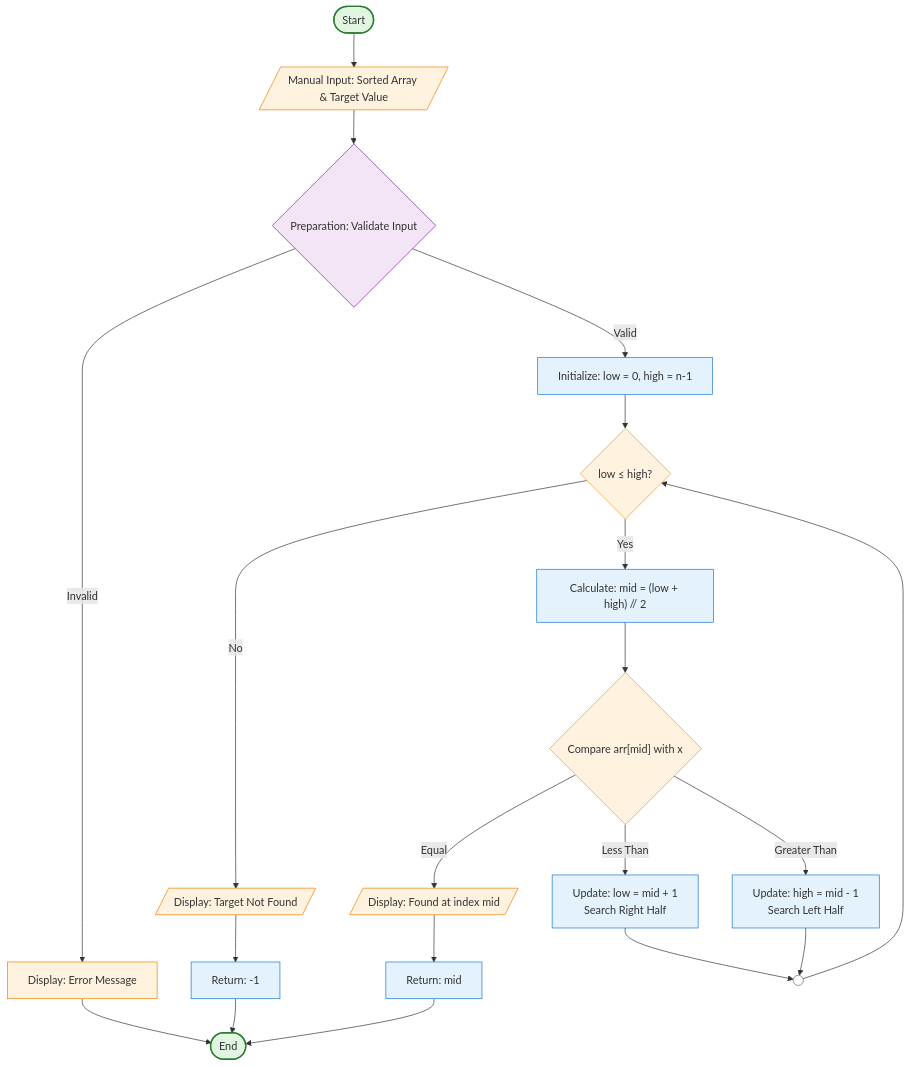
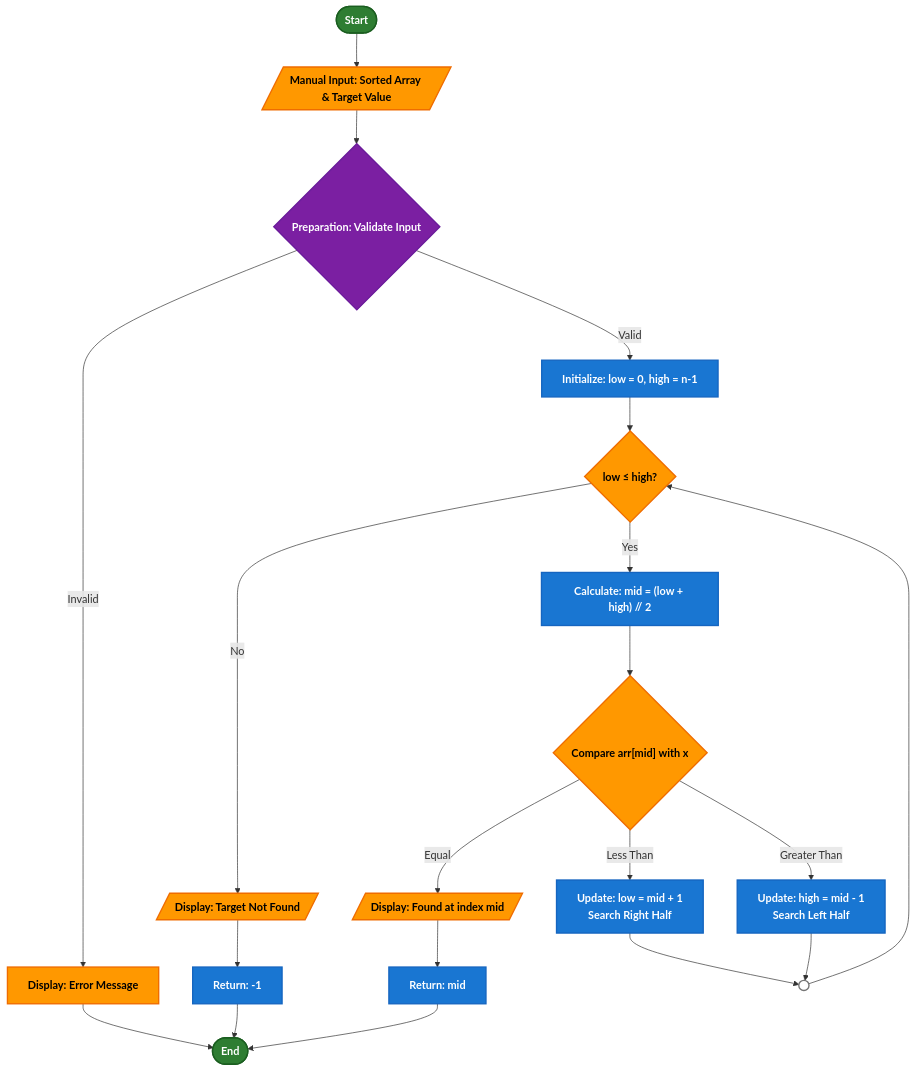
The second of 2 diagrams in README.md (juswamacbook/CISC121_Final_Project), drawn with Mermaid before and after one commit.

Commit message:
Update Mermaid diagram styling for better contrast

````diff
--- a/README.md
+++ b/README.md
@@ -147,46 +147,46 @@
 ```mermaid
 flowchart TD
     Start(["Start"]) --> ManualInput[/"Manual Input: Sorted Array & Target Value"/]
     
     ManualInput --> Preparation{"Preparation: Validate Input"}
     Preparation -->|Valid| Process1["Initialize: low = 0, high = n-1"]
     Preparation -->|Invalid| Display1["Display: Error Message"]
     Display1 --> End(["End"])
     
     Process1 --> Decision1{"low ≤ high?"}
     
     Decision1 -->|No| Display2[/"Display: Target Not Found"/]
     Display2 --> ProcessReturn2["Return: -1"]
     ProcessReturn2 --> End
     
     Decision1 -->|Yes| Process2["Calculate: mid = (low + high) // 2"]
     Process2 --> Decision2{"Compare arr[mid] with x"}
     
     Decision2 -->|Equal| Display3[/"Display: Found at index mid"/]
     Display3 --> ProcessReturn1["Return: mid"]
     ProcessReturn1 --> End
     
     Decision2 -->|Less Than| Process3["Update: low = mid + 1<br>Search Right Half"]
     Process3 --> Connector(( ))
     
     Decision2 -->|Greater Than| Process4["Update: high = mid - 1<br>Search Left Half"]
     Process4 --> Connector
     
     Connector --> Decision1
     
-    %% Simplified styling that Mermaid actually supports
-    classDef startEnd fill:#e1f5e1,stroke:#2e7d32,stroke-width:2px
-    classDef manualInput fill:#fff3e0,stroke:#f57c00
-    classDef preparation fill:#f3e5f5,stroke:#7b1fa2
-    classDef process fill:#e3f2fd,stroke:#1976d2
-    classDef decision fill:#fff3e0,stroke:#ff9800
-    classDef display fill:#e8f5e8,stroke:#388e3c
-    classDef connector fill:#ffffff,stroke:#666666,stroke-width:1px
+    %% Fixed styling with proper contrast
+    classDef startEnd fill:#2E7D32,stroke:#1B5E20,stroke-width:2px,color:#FFFFFF,font-weight:bold
+    classDef manualInput fill:#FF9800,stroke:#EF6C00,stroke-width:2px,color:#000000,font-weight:bold
+    classDef preparation fill:#7B1FA2,stroke:#6A1B9A,stroke-width:2px,color:#FFFFFF,font-weight:bold
+    classDef process fill:#1976D2,stroke:#1565C0,stroke-width:2px,color:#FFFFFF,font-weight:bold
+    classDef decision fill:#FF9800,stroke:#EF6C00,stroke-width:2px,color:#000000,font-weight:bold
+    classDef display fill:#388E3C,stroke:#2E7D32,stroke-width:2px,color:#FFFFFF,font-weight:bold
+    classDef connector fill:#FFFFFF,stroke:#757575,stroke-width:2px,color:#000000,font-weight:bold
     
     class Start,End startEnd
     class ManualInput,Display1,Display2,Display3 manualInput
     class Preparation preparation
     class Process1,Process2,Process3,Process4,ProcessReturn1,ProcessReturn2 process
     class Decision1,Decision2 decision
     class Connector connector
 ```
````
